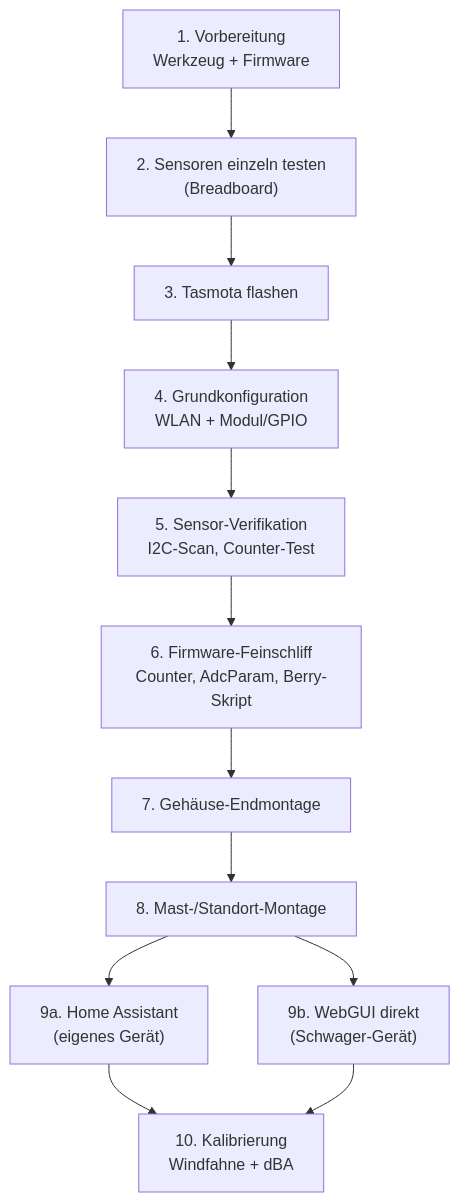
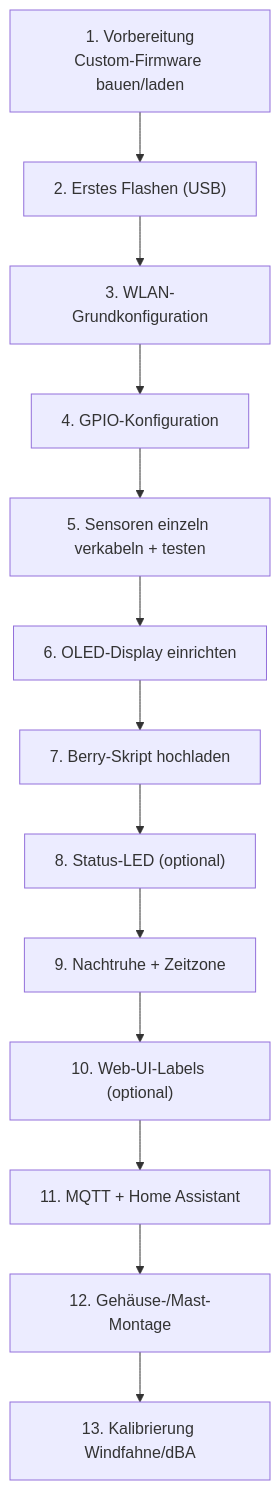
The first of 2 diagrams in docs/setup-guide.md (icepaule/IceWeatherstation), drawn with Mermaid before and after one commit. The commit also changed other lines of this file and 6 other files, not shown here.

````diff
--- a/docs/setup-guide.md
+++ b/docs/setup-guide.md
@@ -5,20 +7,18 @@
 ```mermaid
 flowchart TD
-    S1["1. Vorbereitung<br/>Werkzeug + Firmware"]
-    S2["2. Sensoren einzeln testen<br/>(Breadboard)"]
-    S3["3. Tasmota flashen"]
-    S4["4. Grundkonfiguration<br/>WLAN + Modul/GPIO"]
-    S5["5. Sensor-Verifikation<br/>I2C-Scan, Counter-Test"]
-    S6["6. Firmware-Feinschliff<br/>Counter, AdcParam, Berry-Skript"]
-    S7["7. Gehäuse-Endmontage"]
-    S8["8. Mast-/Standort-Montage"]
-    S9["9a. Home Assistant<br/>(eigenes Gerät)"]
-    S10["9b. WebGUI direkt<br/>(Schwager-Gerät)"]
-    S11["10. Kalibrierung<br/>Windfahne + dBA"]
+    S1["1. Vorbereitung<br/>Custom-Firmware bauen/laden"]
+    S2["2. Erstes Flashen (USB)"]
+    S3["3. WLAN-Grundkonfiguration"]
+    S4["4. GPIO-Konfiguration"]
+    S5["5. Sensoren einzeln verkabeln + testen"]
+    S6["6. OLED-Display einrichten"]
+    S7["7. Berry-Skript hochladen"]
+    S8["8. Status-LED (optional)"]
+    S9["9. Nachtruhe + Zeitzone"]
+    S10["10. Web-UI-Labels (optional)"]
+    S11["11. MQTT + Home Assistant"]
+    S12["12. Gehäuse-/Mast-Montage"]
+    S13["13. Kalibrierung Windfahne/dBA"]
 
-    S1 --> S2 --> S3 --> S4 --> S5 --> S6 --> S7 --> S8
-    S8 --> S9
-    S8 --> S10
-    S9 --> S11
-    S10 --> S11
+    S1 --> S2 --> S3 --> S4 --> S5 --> S6 --> S7 --> S8 --> S9 --> S10 --> S11 --> S12 --> S13
 ```
````
